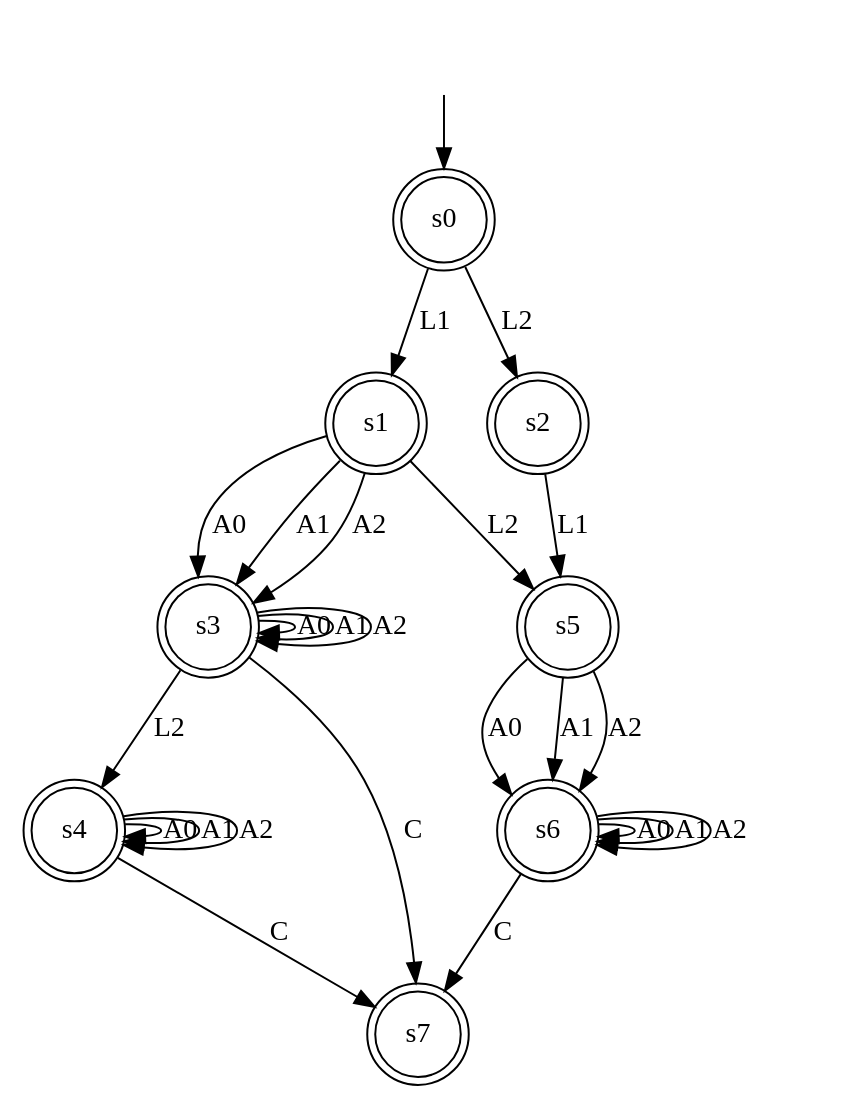
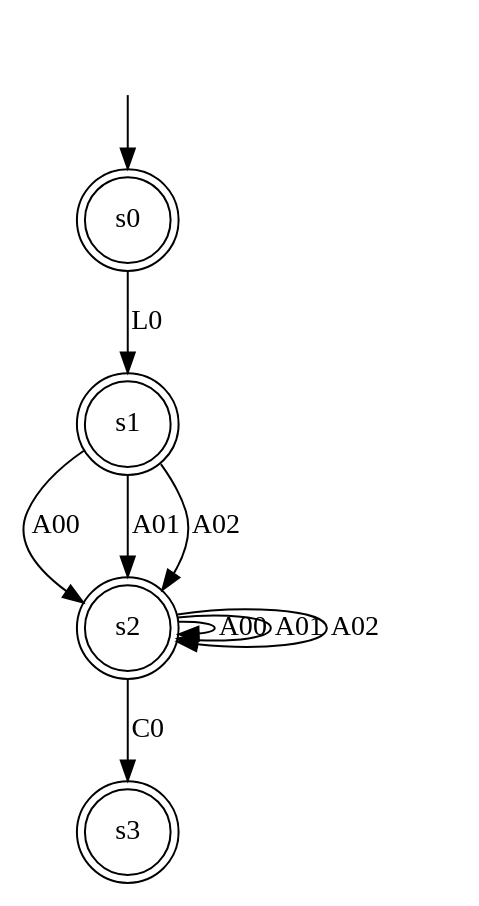
The diagram in data/our_models/magento_3_m.dot (tomyaacov/lstar_dont_care), drawn with Graphviz before and after one commit. The commit also changed 54 other files, not shown here.

```diff
--- a/data/our_models/magento_3_m.dot
+++ b/data/our_models/magento_3_m.dot
@@ -1,35 +1,16 @@
 digraph "data/our_models/magento_3_m" {
 s0 [label=s0, shape=doublecircle];
 s1 [label=s1, shape=doublecircle];
 s2 [label=s2, shape=doublecircle];
 s3 [label=s3, shape=doublecircle];
-s4 [label=s4, shape=doublecircle];
-s5 [label=s5, shape=doublecircle];
-s6 [label=s6, shape=doublecircle];
-s7 [label=s7, shape=doublecircle];
-s0 -> s1  [label=L1];
-s0 -> s2  [label=L2];
-s1 -> s5  [label=L2];
-s1 -> s3  [label=A0];
-s1 -> s3  [label=A1];
-s1 -> s3  [label=A2];
-s2 -> s5  [label=L1];
-s3 -> s4  [label=L2];
-s3 -> s7  [label=C];
-s3 -> s3  [label=A0];
-s3 -> s3  [label=A1];
-s3 -> s3  [label=A2];
-s4 -> s7  [label=C];
-s4 -> s4  [label=A0];
-s4 -> s4  [label=A1];
-s4 -> s4  [label=A2];
-s5 -> s6  [label=A0];
-s5 -> s6  [label=A1];
-s5 -> s6  [label=A2];
-s6 -> s7  [label=C];
-s6 -> s6  [label=A0];
-s6 -> s6  [label=A1];
-s6 -> s6  [label=A2];
+s0 -> s1  [label=L0];
+s1 -> s2  [label=A00];
+s1 -> s2  [label=A01];
+s1 -> s2  [label=A02];
+s2 -> s3  [label=C0];
+s2 -> s2  [label=A00];
+s2 -> s2  [label=A01];
+s2 -> s2  [label=A02];
 __start0 [label="", shape=none];
 __start0 -> s0  [label=""];
 }
```
